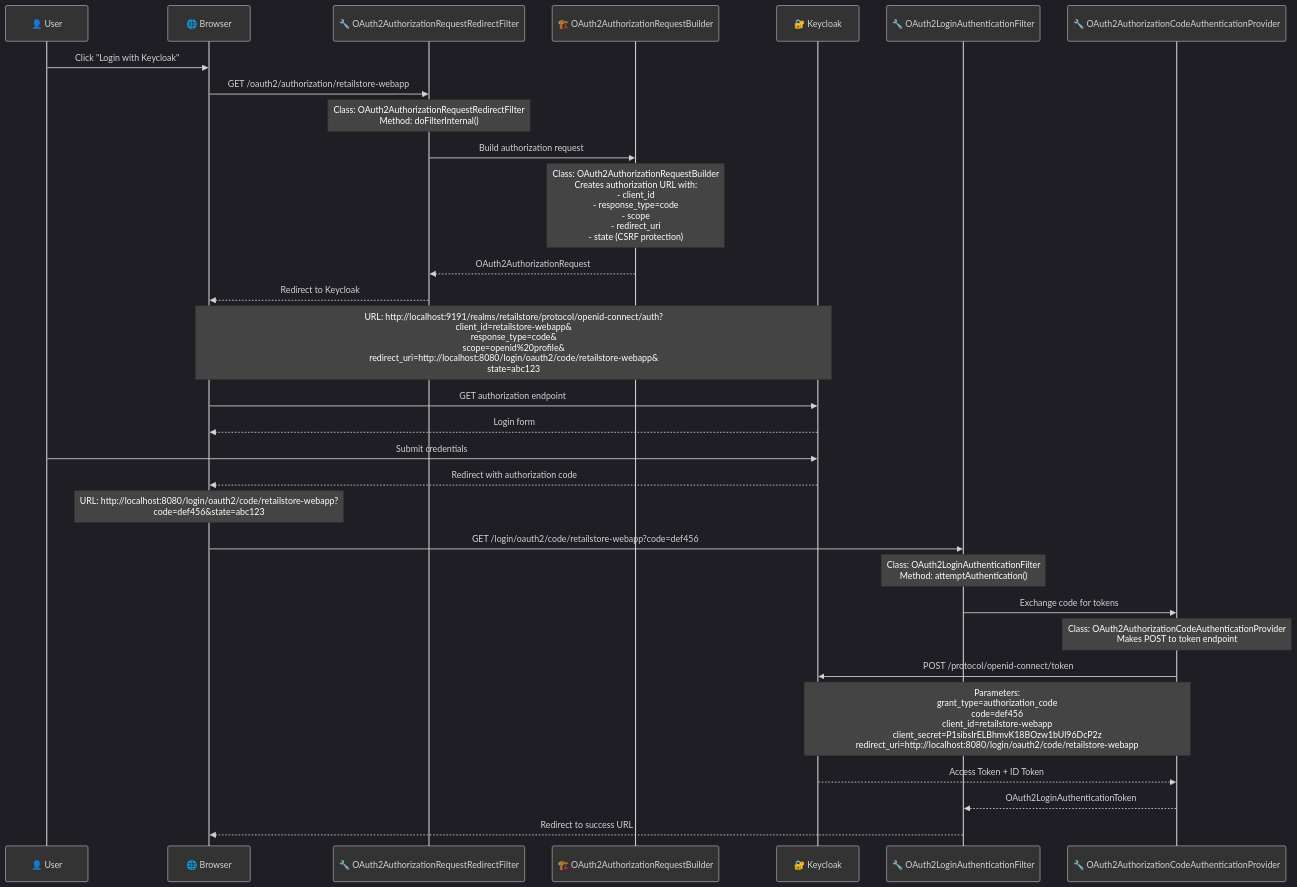
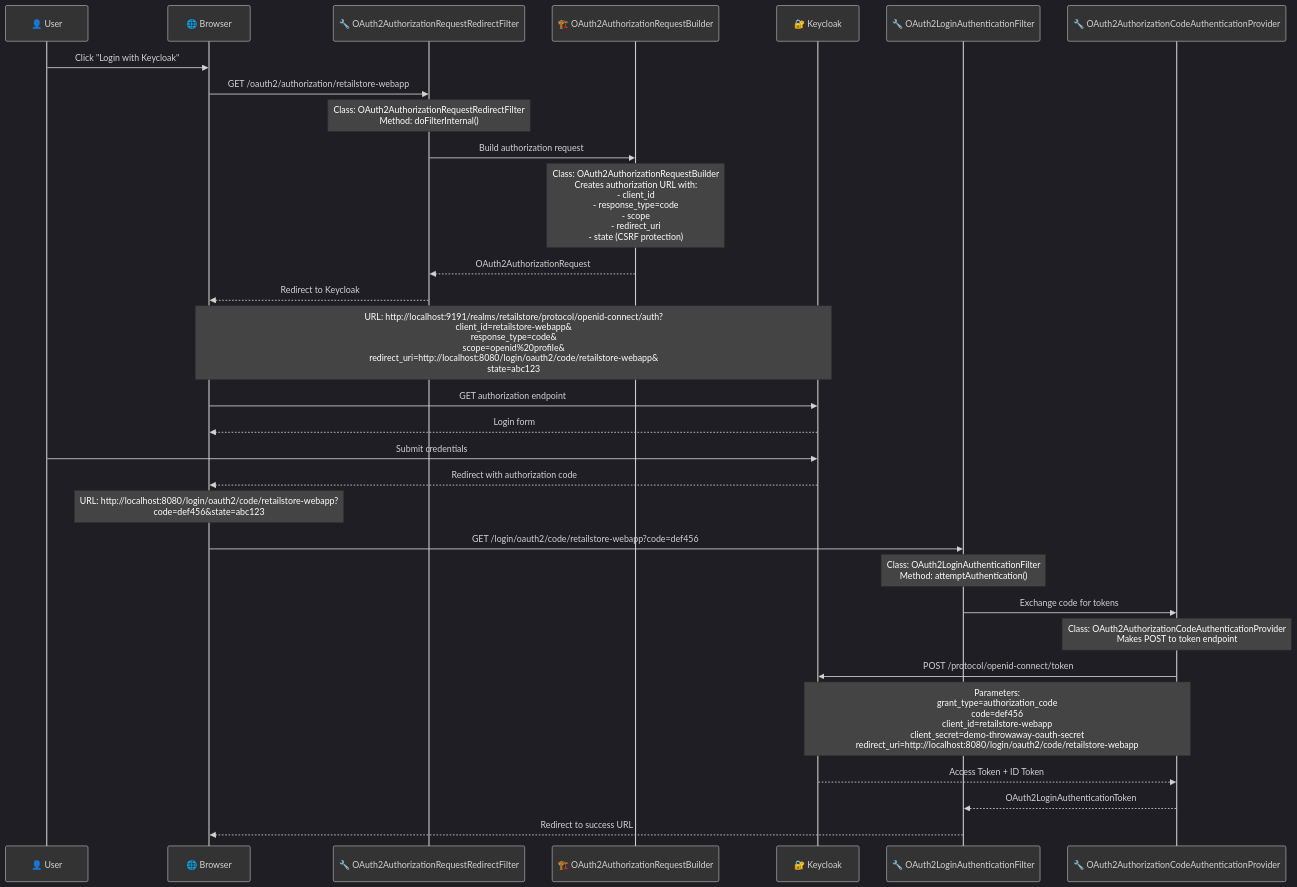
Before and after one commit to rajadilipkolli/spring-boot-microservices-series-v2: the third of 3 diagrams in retail-store-webapp/Spring-Security-OAuth2-Auto-Configuration-Explained.md, drawn with Mermaid. The commit also changed other lines of this file and 55 other files, not shown here.

````diff
--- a/retail-store-webapp/Spring-Security-OAuth2-Auto-Configuration-Explained.md
+++ b/retail-store-webapp/Spring-Security-OAuth2-Auto-Configuration-Explained.md
@@ -210,45 +210,45 @@
 ```mermaid
 %%{init: {'theme':'dark', 'themeVariables': {'primaryColor': '#333333', 'primaryTextColor': '#ffffff', 'primaryBorderColor': '#ffffff', 'lineColor': '#ffffff', 'secondaryColor': '#444444', 'tertiaryColor': '#555555', 'background': '#000000', 'mainBkg': '#333333', 'secondBkg': '#444444', 'tertiaryBkg': '#555555', 'noteBkgColor': '#444444', 'noteTextColor': '#ffffff'}}}%%
 sequenceDiagram
     participant User as 👤 User
     participant Browser as 🌐 Browser
     participant Filter1 as 🔧 OAuth2AuthorizationRequestRedirectFilter
     participant Builder as 🏗️ OAuth2AuthorizationRequestBuilder
     participant Keycloak as 🔐 Keycloak
     participant Filter2 as 🔧 OAuth2LoginAuthenticationFilter
     participant Provider as 🔧 OAuth2AuthorizationCodeAuthenticationProvider
 
     User->>Browser: Click "Login with Keycloak"
     Browser->>Filter1: GET /oauth2/authorization/retailstore-webapp
     
     Note over Filter1: Class: OAuth2AuthorizationRequestRedirectFilter<br/>Method: doFilterInternal()
     
     Filter1->>Builder: Build authorization request
     Note over Builder: Class: OAuth2AuthorizationRequestBuilder<br/>Creates authorization URL with:<br/>- client_id<br/>- response_type=code<br/>- scope<br/>- redirect_uri<br/>- state (CSRF protection)
     
     Builder-->>Filter1: OAuth2AuthorizationRequest
     Filter1-->>Browser: Redirect to Keycloak
     
     Note over Browser, Keycloak: URL: http://localhost:9191/realms/retailstore/protocol/openid-connect/auth?<br/>client_id=retailstore-webapp&<br/>response_type=code&<br/>scope=openid%20profile&<br/>redirect_uri=http://localhost:8080/login/oauth2/code/retailstore-webapp&<br/>state=abc123
     
     Browser->>Keycloak: GET authorization endpoint
     Keycloak-->>Browser: Login form
     User->>Keycloak: Submit credentials
     Keycloak-->>Browser: Redirect with authorization code
     
     Note over Browser: URL: http://localhost:8080/login/oauth2/code/retailstore-webapp?<br/>code=def456&state=abc123
     
     Browser->>Filter2: GET /login/oauth2/code/retailstore-webapp?code=def456
     
     Note over Filter2: Class: OAuth2LoginAuthenticationFilter<br/>Method: attemptAuthentication()
     
     Filter2->>Provider: Exchange code for tokens
     Note over Provider: Class: OAuth2AuthorizationCodeAuthenticationProvider<br/>Makes POST to token endpoint
     
     Provider->>Keycloak: POST /protocol/openid-connect/token
-    Note over Provider, Keycloak: Parameters:<br/>grant_type=authorization_code<br/>code=def456<br/>client_id=retailstore-webapp<br/>client_secret=P1sibsIrELBhmvK18BOzw1bUl96DcP2z<br/>redirect_uri=http://localhost:8080/login/oauth2/code/retailstore-webapp
+    Note over Provider, Keycloak: Parameters:<br/>grant_type=authorization_code<br/>code=def456<br/>client_id=retailstore-webapp<br/>client_secret=demo-throwaway-oauth-secret<br/>redirect_uri=http://localhost:8080/login/oauth2/code/retailstore-webapp
     
     Keycloak-->>Provider: Access Token + ID Token
     Provider-->>Filter2: OAuth2LoginAuthenticationToken
     Filter2-->>Browser: Redirect to success URL
 ```
````
